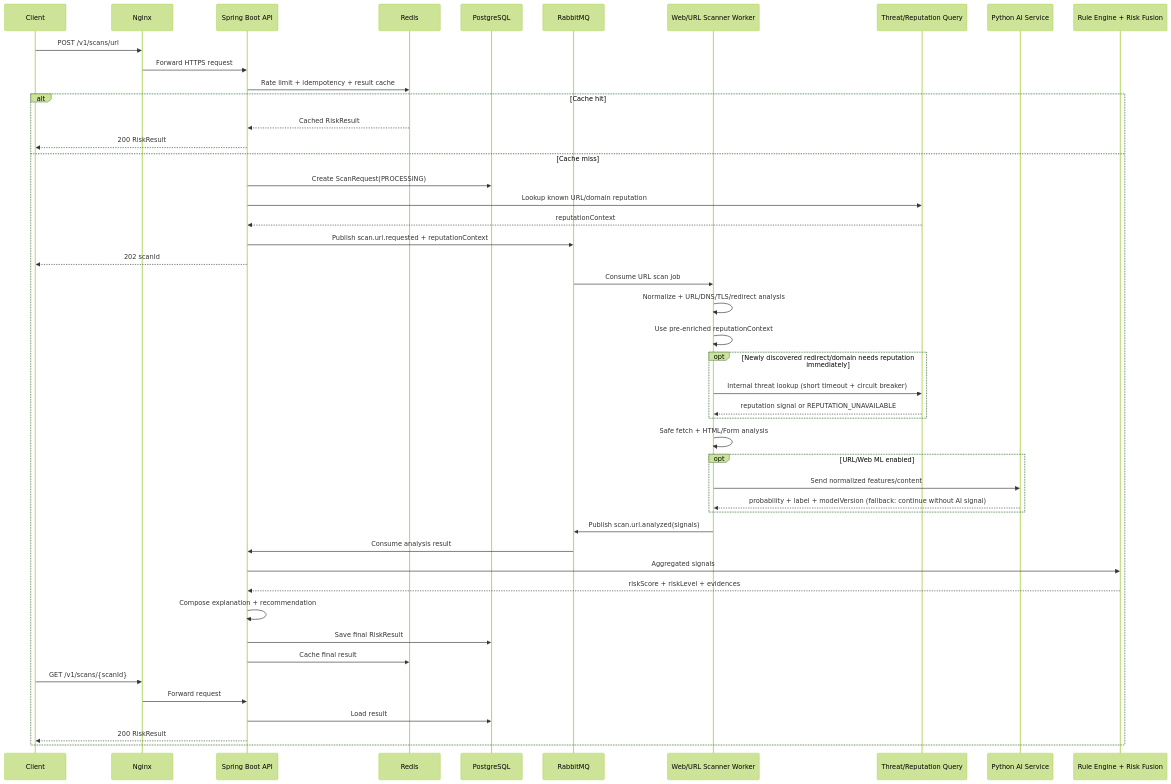
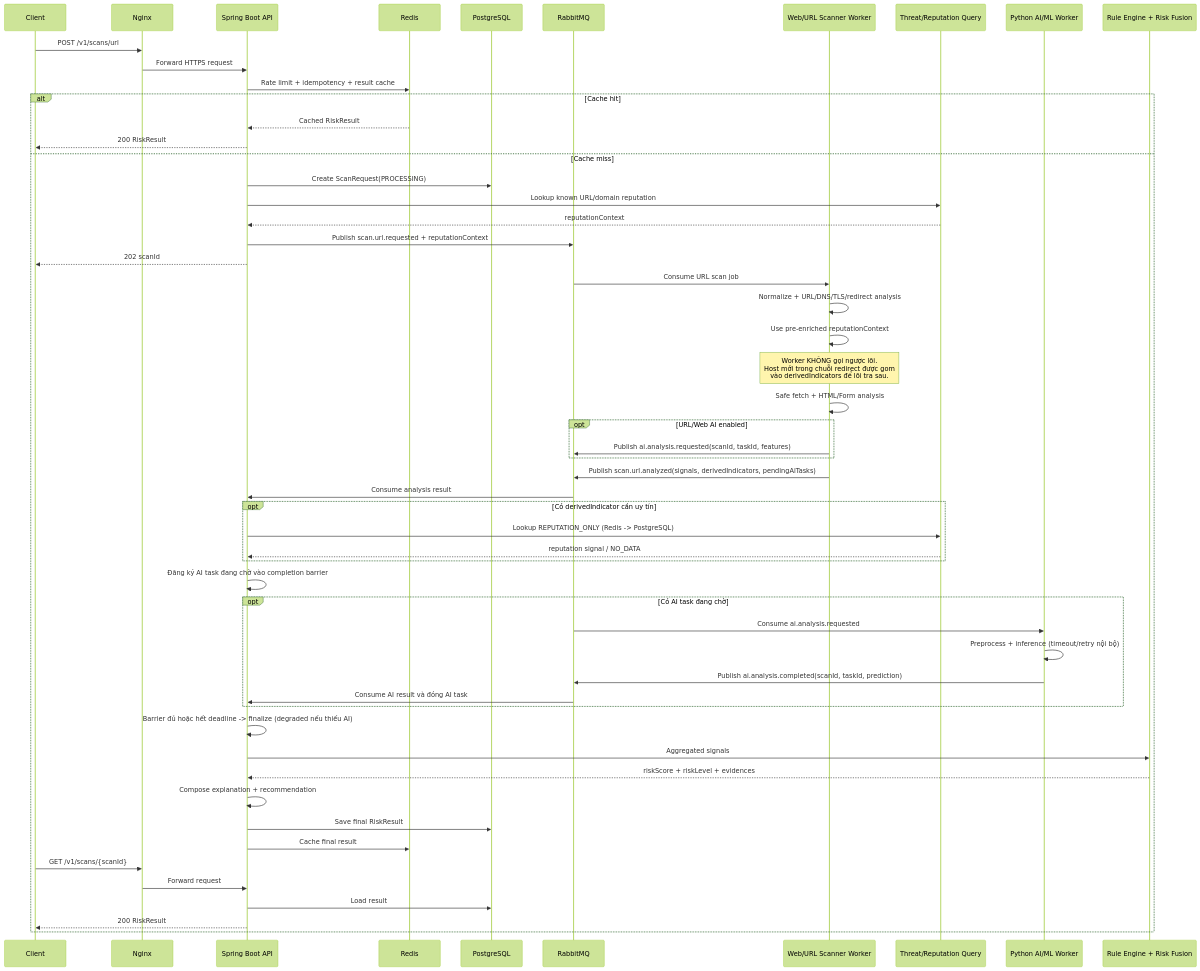
The seventh of 11 diagrams in architectures/architecture_v3.1.md (KLTN-2023-HCMSU/document), drawn with Mermaid (forest theme) before and after one commit. The commit also changed other lines of this file and 8 other files, not shown here.

````diff
--- a/architectures/architecture_v3.1.md
+++ b/architectures/architecture_v3.1.md
@@ -552,57 +577,69 @@
 ```mermaid
 sequenceDiagram
     participant C as Client
     participant N as Nginx
     participant A as Spring Boot API
     participant R as Redis
     participant DB as PostgreSQL
     participant Q as RabbitMQ
     participant W as Web/URL Scanner Worker
     participant T as Threat/Reputation Query
-    participant M as Python AI Service
+    participant M as Python AI/ML Worker
     participant F as Rule Engine + Risk Fusion
 
     C->>N: POST /v1/scans/url
     N->>A: Forward HTTPS request
     A->>R: Rate limit + idempotency + result cache
 
     alt Cache hit
         R-->>A: Cached RiskResult
         A-->>C: 200 RiskResult
     else Cache miss
         A->>DB: Create ScanRequest(PROCESSING)
         A->>T: Lookup known URL/domain reputation
         T-->>A: reputationContext
         A->>Q: Publish scan.url.requested + reputationContext
         A-->>C: 202 scanId
 
         Q->>W: Consume URL scan job
         W->>W: Normalize + URL/DNS/TLS/redirect analysis
         W->>W: Use pre-enriched reputationContext
 
-        opt Newly discovered redirect/domain needs reputation immediately
-            W->>T: Internal threat lookup (short timeout + circuit breaker)
-            T-->>W: reputation signal or REPUTATION_UNAVAILABLE
-        end
+        Note over W: Worker KHÔNG gọi ngược lõi.<br/>Host mới trong chuỗi redirect được gom<br/>vào derivedIndicators để lõi tra sau.
 
         W->>W: Safe fetch + HTML/Form analysis
 
-        opt URL/Web ML enabled
-            W->>M: Send normalized features/content
-            M-->>W: probability + label + modelVersion (fallback: continue without AI signal)
+        opt URL/Web AI enabled
+            W->>Q: Publish ai.analysis.requested(scanId, taskId, features)
         end
 
-        W->>Q: Publish scan.url.analyzed(signals)
+        W->>Q: Publish scan.url.analyzed(signals, derivedIndicators, pendingAiTasks)
         Q->>A: Consume analysis result
+
+        opt Có derivedIndicator cần uy tín
+            A->>T: Lookup REPUTATION_ONLY (Redis -> PostgreSQL)
+            T-->>A: reputation signal / NO_DATA
+        end
+
+        A->>A: Đăng ký AI task đang chờ vào completion barrier
+
+        opt Có AI task đang chờ
+            Q->>M: Consume ai.analysis.requested
+            M->>M: Preprocess + inference (timeout/retry nội bộ)
+            M->>Q: Publish ai.analysis.completed(scanId, taskId, prediction)
+            Q->>A: Consume AI result và đóng AI task
+        end
+
+        A->>A: Barrier đủ hoặc hết deadline -> finalize (degraded nếu thiếu AI)
         A->>F: Aggregated signals
         F-->>A: riskScore + riskLevel + evidences
         A->>A: Compose explanation + recommendation
         A->>DB: Save final RiskResult
         A->>R: Cache final result
 
         C->>N: GET /v1/scans/{scanId}
         N->>A: Forward request
         A->>DB: Load result
         A-->>C: 200 RiskResult
     end
 ```
````
